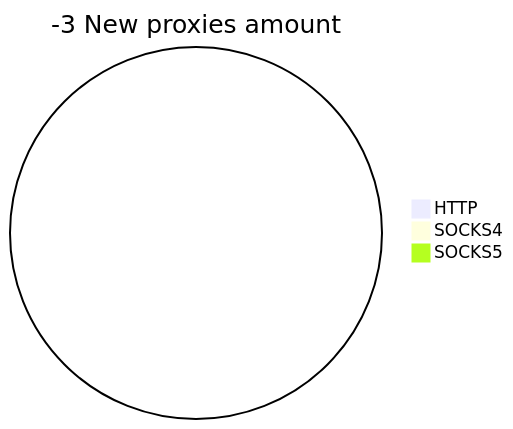
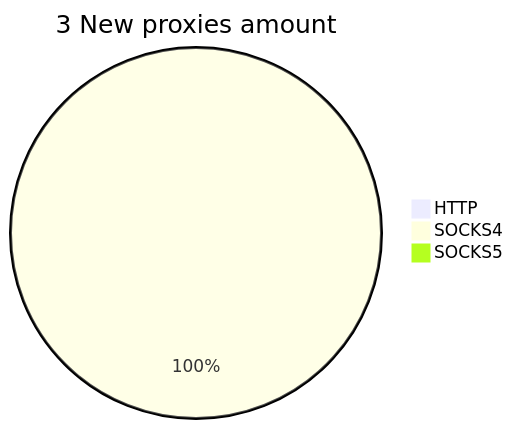
The second of 2 diagrams in README.md (cutipu/proxylist), drawn with Mermaid before and after one commit. The commit also changed other lines of this file, not shown here.

````diff
--- a/README.md
+++ b/README.md
@@ -17,6 +17,6 @@
 ```mermaid
-pie title -3 New proxies amount
+pie title 3 New proxies amount
     "HTTP" : 0
-    "SOCKS4" : 0
+    "SOCKS4" : 3
     "SOCKS5" : 0
 ```
````
